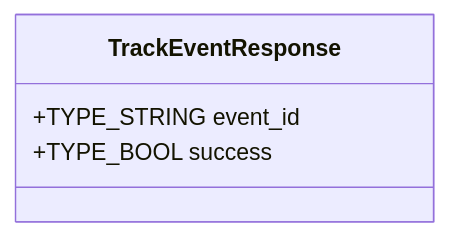
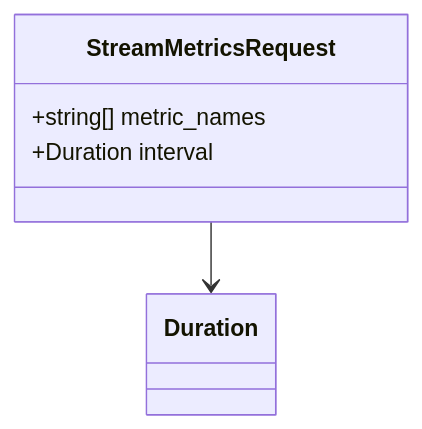
One commit to kyivinua/root changed diagram 29 of 49 in test-monorepo/docs/consolidated/AnalyticsService.md. Above: the diagram before and after it, drawn with Mermaid. The commit also changed other lines of this file and 5 other files, not shown here.

````diff
--- a/test-monorepo/docs/consolidated/AnalyticsService.md
+++ b/test-monorepo/docs/consolidated/AnalyticsService.md
@@ -545,7 +1481,8 @@
 ```mermaid
 classDiagram
-    class TrackEventResponse {
-        +TYPE_STRING event_id
-        +TYPE_BOOL success
+    class StreamMetricsRequest {
+        +string[] metric_names
+        +Duration interval
     }
+    StreamMetricsRequest --> Duration
 ```
````
